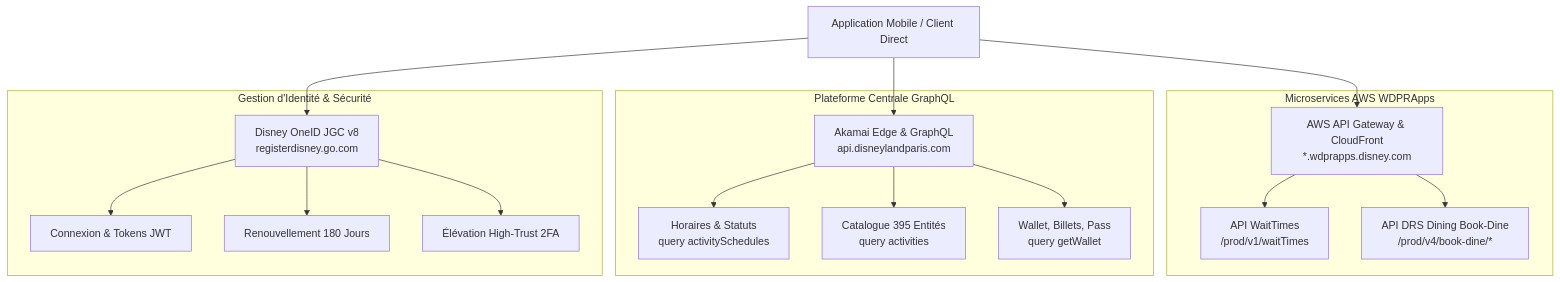
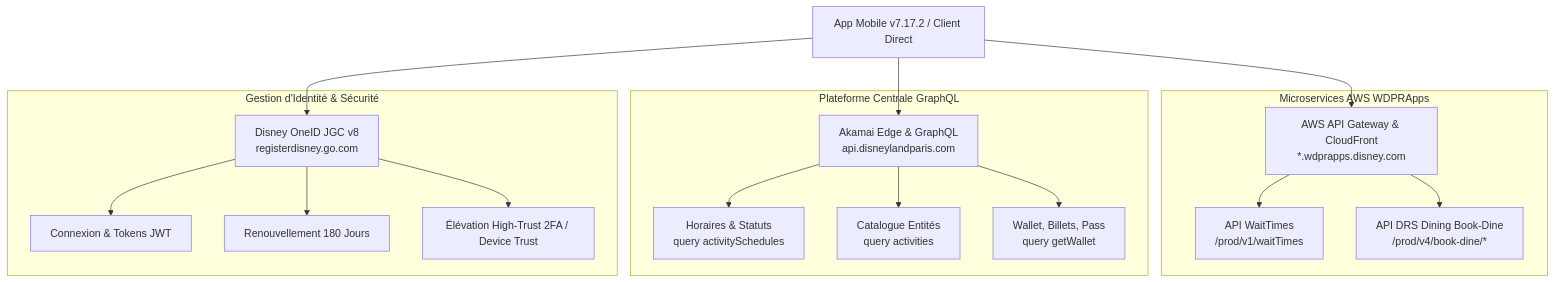
The diagram in README.md (swyftos/disneyland-paris-app), drawn with Mermaid before and after one commit. The commit also changed other lines of this file and 4 other files, not shown here.

````diff
--- a/README.md
+++ b/README.md
@@ -33,23 +44,23 @@
 ```mermaid
 graph TD
-    App[Application Mobile / Client Direct] --> APIGW[AWS API Gateway & CloudFront<br/>*.wdprapps.disney.com]
+    App[App Mobile v7.17.2 / Client Direct] --> APIGW[AWS API Gateway & CloudFront<br/>*.wdprapps.disney.com]
     App --> Akamai[Akamai Edge & GraphQL<br/>api.disneylandparis.com]
     App --> OneID[Disney OneID JGC v8<br/>registerdisney.go.com]
 
     subgraph AWS_WDPRApps [Microservices AWS WDPRApps]
         APIGW --> WT[API WaitTimes<br/>/prod/v1/waitTimes]
         APIGW --> DRS[API DRS Dining Book-Dine<br/>/prod/v4/book-dine/*]
     end
 
     subgraph Akamai_GraphQL [Plateforme Centrale GraphQL]
         Akamai --> GQL_Sched[Horaires & Statuts<br/>query activitySchedules]
-        Akamai --> GQL_Cat[Catalogue 395 Entités<br/>query activities]
+        Akamai --> GQL_Cat[Catalogue Entités<br/>query activities]
         Akamai --> GQL_User[Wallet, Billets, Pass<br/>query getWallet]
     end
 
     subgraph Identity [Gestion d'Identité & Sécurité]
         OneID --> GC_Login[Connexion & Tokens JWT]
         OneID --> GC_Refresh[Renouvellement 180 Jours]
-        OneID --> GC_OTP[Élévation High-Trust 2FA]
+        OneID --> GC_OTP[Élévation High-Trust 2FA / Device Trust]
     end
 ```
````
